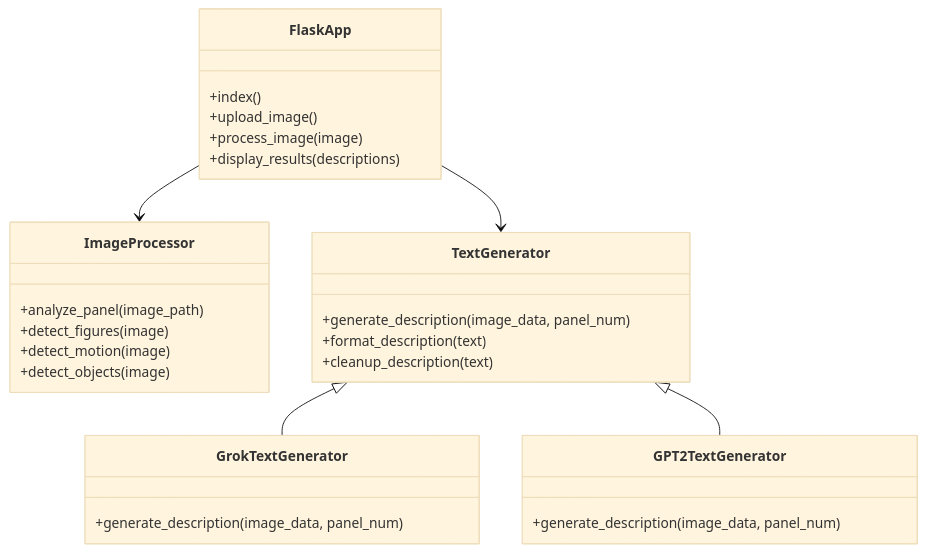
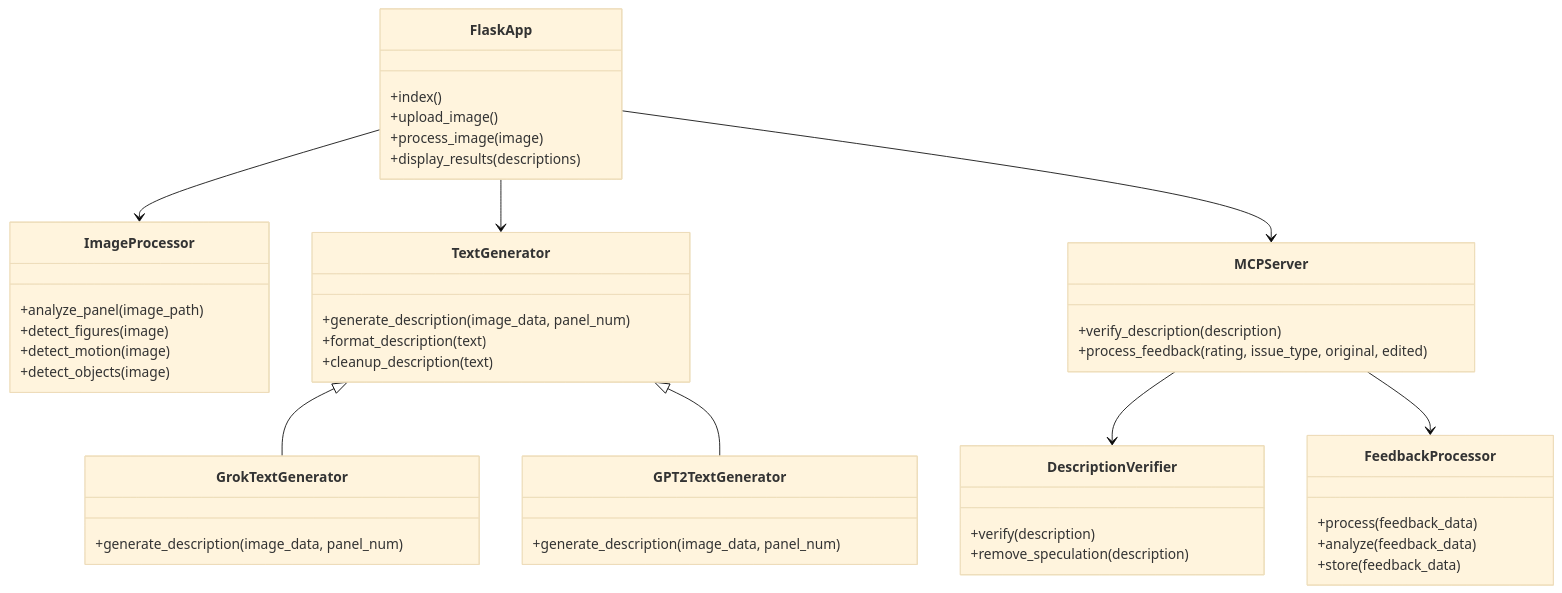
The third of 4 diagrams in memory-bank/systemPatterns.md (tayler-id/comic-panel-description-generator), drawn with Mermaid (base theme) before and after one commit. The commit also changed other lines of this file and 24 other files, not shown here.

````diff
--- a/memory-bank/systemPatterns.md
+++ b/memory-bank/systemPatterns.md
@@ -88,35 +95,54 @@
 ```mermaid
 classDiagram
     class FlaskApp {
         +index()
         +upload_image()
         +process_image(image)
         +display_results(descriptions)
     }
     
     class ImageProcessor {
         +analyze_panel(image_path)
         +detect_figures(image)
         +detect_motion(image)
         +detect_objects(image)
     }
     
     class TextGenerator {
         +generate_description(image_data, panel_num)
         +format_description(text)
         +cleanup_description(text)
     }
     
     class GrokTextGenerator {
         +generate_description(image_data, panel_num)
     }
     
     class GPT2TextGenerator {
         +generate_description(image_data, panel_num)
     }
     
+    class MCPServer {
+        +verify_description(description)
+        +process_feedback(rating, issue_type, original, edited)
+    }
+    
+    class DescriptionVerifier {
+        +verify(description)
+        +remove_speculation(description)
+    }
+    
+    class FeedbackProcessor {
+        +process(feedback_data)
+        +analyze(feedback_data)
+        +store(feedback_data)
+    }
+    
     FlaskApp --> ImageProcessor
     FlaskApp --> TextGenerator
+    FlaskApp --> MCPServer
+    MCPServer --> DescriptionVerifier
+    MCPServer --> FeedbackProcessor
     TextGenerator <|-- GrokTextGenerator
     TextGenerator <|-- GPT2TextGenerator
 ```
````
